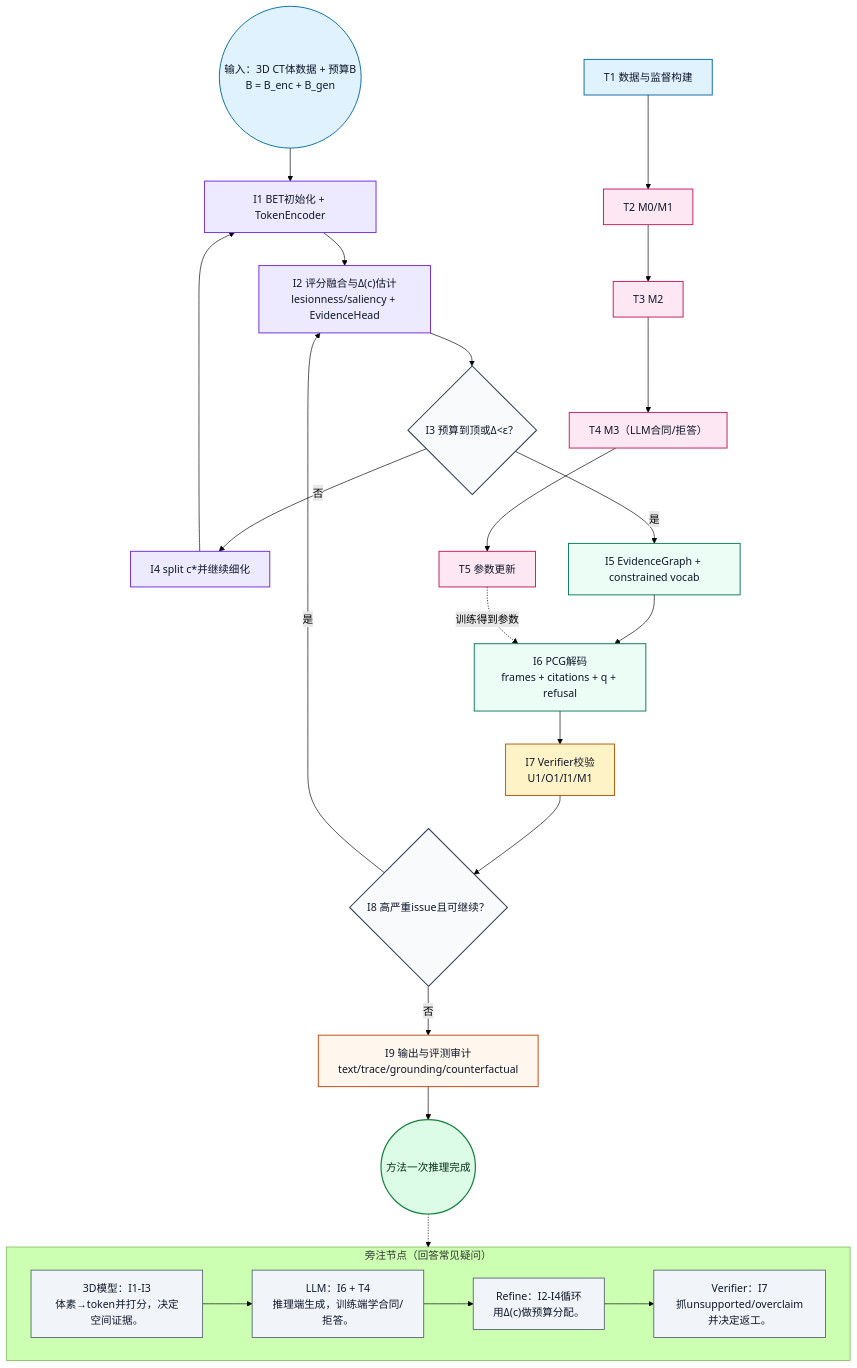
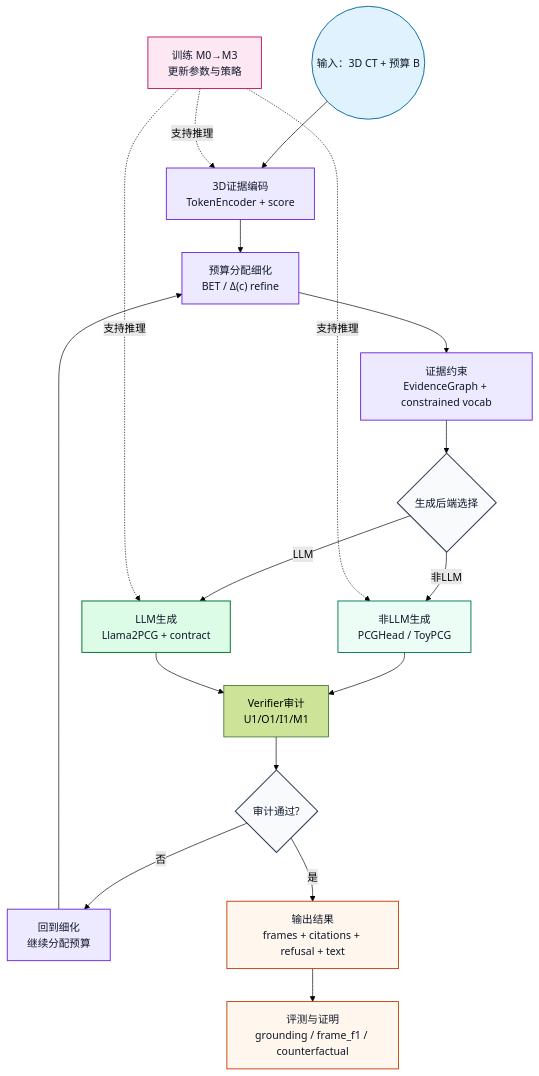
Before and after one commit to Ricardo-ChenTY/ProveTok: the diagram in README.md, drawn with Mermaid (forest theme). The commit also changed other lines of this file and 4 other files, not shown here.

Commit message:
Replace dual method diagrams with a single simplified path diagram

````diff
--- a/README.md
+++ b/README.md
@@ -26,43 +24,34 @@
 ```mermaid
 flowchart TB
 classDef data fill:#E0F2FE,stroke:#0369A1,stroke-width:1.4px,color:#0F172A;
-classDef bet fill:#EDE9FE,stroke:#6D28D9,stroke-width:1.4px,color:#0F172A;
+classDef core fill:#EDE9FE,stroke:#6D28D9,stroke-width:1.4px,color:#0F172A;
 classDef gen fill:#ECFDF5,stroke:#047857,stroke-width:1.4px,color:#0F172A;
-classDef verify fill:#FEF3C7,stroke:#B45309,stroke-width:1.4px,color:#0F172A;
+classDef llm fill:#DCFCE7,stroke:#15803D,stroke-width:1.6px,color:#0F172A;
 classDef train fill:#FCE7F3,stroke:#BE185D,stroke-width:1.4px,color:#0F172A;
 classDef gate fill:#F8FAFC,stroke:#334155,stroke-width:1.6px,color:#0F172A;
-classDef artifact fill:#FFF7ED,stroke:#C2410C,stroke-width:1.4px,color:#0F172A;
-classDef note fill:#F1F5F9,stroke:#475569,stroke-width:1.2px,color:#0F172A;
-classDef terminal fill:#DCFCE7,stroke:#15803D,stroke-width:1.8px,color:#052E16;
+classDef out fill:#FFF7ED,stroke:#C2410C,stroke-width:1.4px,color:#0F172A;
 
-Start((输入：3D CT体数据 + 预算B<br/>B = B_enc + B_gen)):::data
-I1["I1 BET初始化 + TokenEncoder"]:::bet
-I2["I2 评分融合与Δ(c)估计<br/>lesionness/saliency + EvidenceHead"]:::bet
-G1{"I3 预算到顶或Δ<ε？"}:::gate
-I3["I4 split c*并继续细化"]:::bet
-I4["I5 EvidenceGraph + constrained vocab"]:::gen
-I5["I6 PCG解码<br/>frames + citations + q + refusal"]:::gen
-I6["I7 Verifier校验<br/>U1/O1/I1/M1"]:::verify
-G2{"I8 高严重issue且可继续？"}:::gate
-I7["I9 输出与评测审计<br/>text/trace/grounding/counterfactual"]:::artifact
-Done((方法一次推理完成)):::terminal
+S((输入：3D CT + 预算 B)):::data
+E1["3D证据编码<br/>TokenEncoder + score"]:::core
+E2["预算分配细化<br/>BET / Δ(c) refine"]:::core
+E3["证据约束<br/>EvidenceGraph + constrained vocab"]:::core
+G{"生成后端选择"}:::gate
+P["非LLM生成<br/>PCGHead / ToyPCG"]:::gen
+L["LLM生成<br/>Llama2PCG + contract"]:::llm
+V["Verifier审计<br/>U1/O1/I1/M1"]:::verify
+D{"审计通过?"}:::gate
+R["回到细化<br/>继续分配预算"]:::core
+O["输出结果<br/>frames + citations + refusal + text"]:::out
+M["评测与证明<br/>grounding / frame_f1 / counterfactual"]:::out
+T["训练 M0→M3<br/>更新参数与策略"]:::train
 
-Start --> I1 --> I2 --> G1
-G1 -- 否 --> I3 --> I1
-G1 -- 是 --> I4 --> I5 --> I6 --> G2
-G2 -- 是 --> I2
-G2 -- 否 --> I7 --> Done
-T1["T1 数据与监督构建"]:::data --> T2["T2 M0/M1"]:::train --> T3["T3 M2"]:::train --> T4["T4 M3（LLM合同/拒答）"]:::train --> T5["T5 参数更新"]:::train
-T5 -. 训练得到参数 .-> I5
-
-subgraph Notes["旁注节点（回答常见疑问）"]
-direction LR
-N3D["3D模型：I1-I3<br/>体素→token并打分，决定空间证据。"]:::note
-NLLM["LLM：I6 + T4<br/>推理端生成，训练端学合同/拒答。"]:::note
-NRef["Refine：I2-I4循环<br/>用Δ(c)做预算分配。"]:::note
-NVer["Verifier：I7<br/>抓unsupported/overclaim并决定返工。"]:::note
-N3D --> NLLM --> NRef --> NVer
-end
-
-Done -.-> N3D
+S --> E1 --> E2 --> E3 --> G
+G -- 非LLM --> P --> V
+G -- LLM --> L --> V
+V --> D
+D -- 否 --> R --> E2
+D -- 是 --> O --> M
+T -. 支持推理 .-> E1
+T -. 支持推理 .-> P
+T -. 支持推理 .-> L
 ```
````
